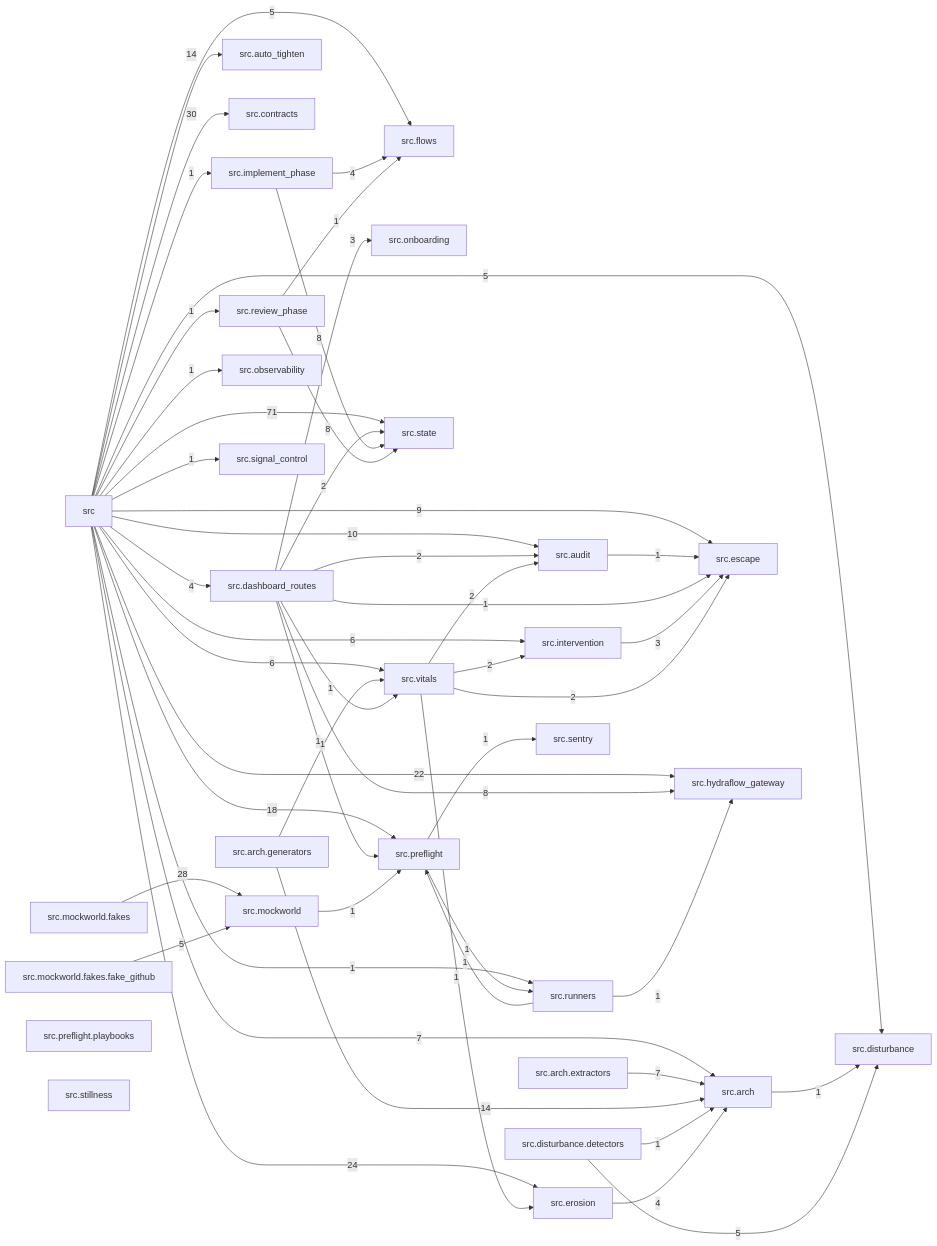
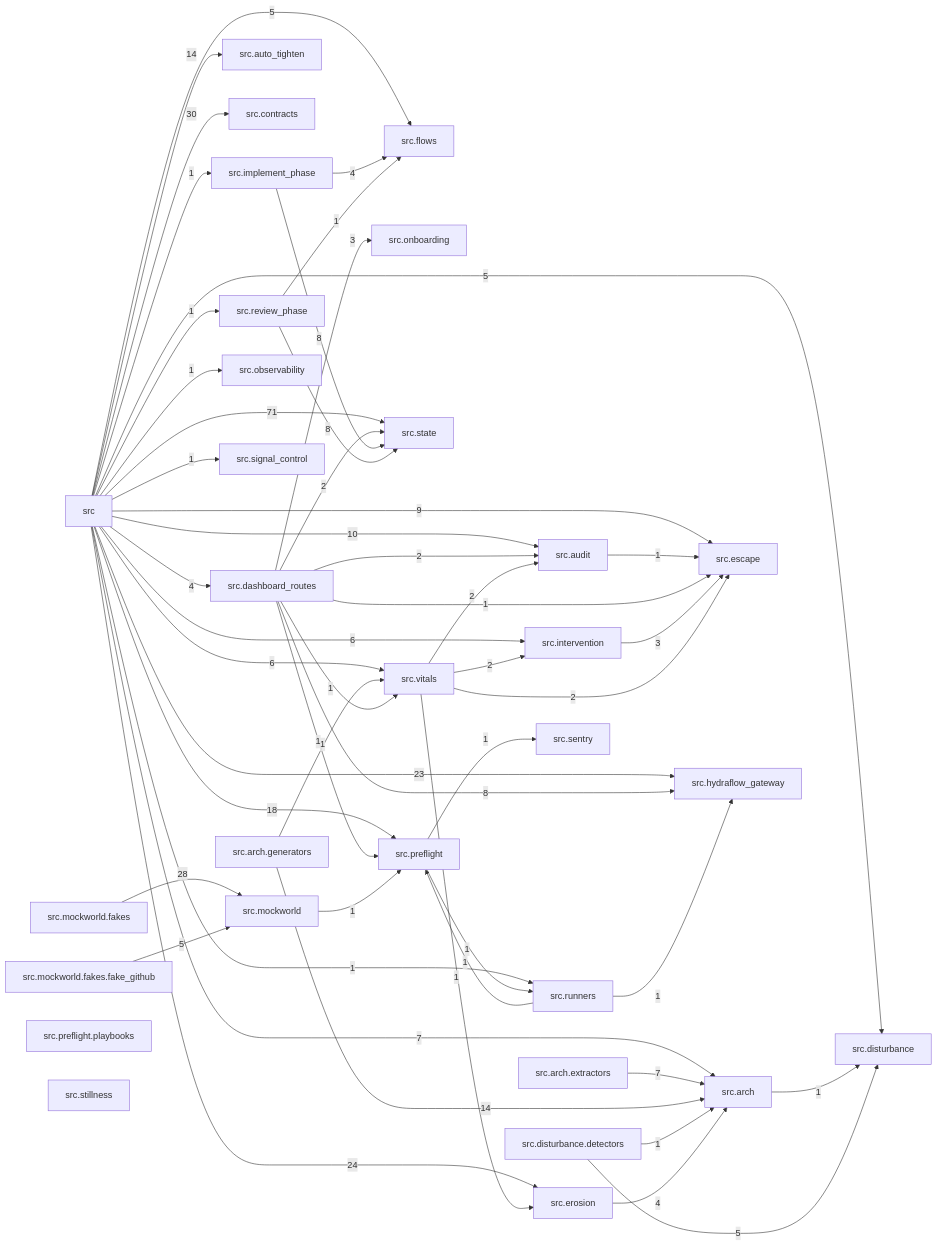
One commit to T-rav/hydraflow changed the diagram in docs/arch/generated/modules.md. Above: the diagram before and after it, drawn with Mermaid. The commit also changed 23 other files, not shown here.

```diff
--- a/docs/arch/generated/modules.md
+++ b/docs/arch/generated/modules.md
@@ -45,7 +45,7 @@
     src -- "24" --> src_erosion
     src -- "9" --> src_escape
     src -- "5" --> src_flows
-    src -- "22" --> src_hydraflow_gateway
+    src -- "23" --> src_hydraflow_gateway
     src -- "1" --> src_implement_phase
     src -- "6" --> src_intervention
     src -- "1" --> src_observability
```
